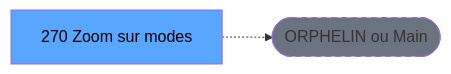
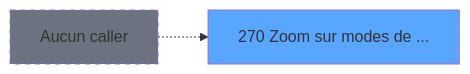
The second of 3 diagrams in .openspec/specs/ADH-IDE-270.md (thonyAGP/magic-migration), drawn with Mermaid before and after one commit. The commit also changed other lines of this file and 493 other files, not shown here.

````diff
--- a/.openspec/specs/ADH-IDE-270.md
+++ b/.openspec/specs/ADH-IDE-270.md
@@ -121,8 +173,8 @@
 ```mermaid
 graph LR
-    T[270 Zoom sur modes ]
-    ORPHAN([ORPHELIN ou Main])
-    T -.-> ORPHAN
-    style T fill:#58a6ff,color:#000
-    style ORPHAN fill:#6b7280,stroke-dasharray: 5 5
+    T270[270 Zoom sur modes de ...]
+    style T270 fill:#58a6ff
+    NONE[Aucun caller]
+    NONE -.-> T270
+    style NONE fill:#6b7280,stroke-dasharray: 5 5
 ```
````
